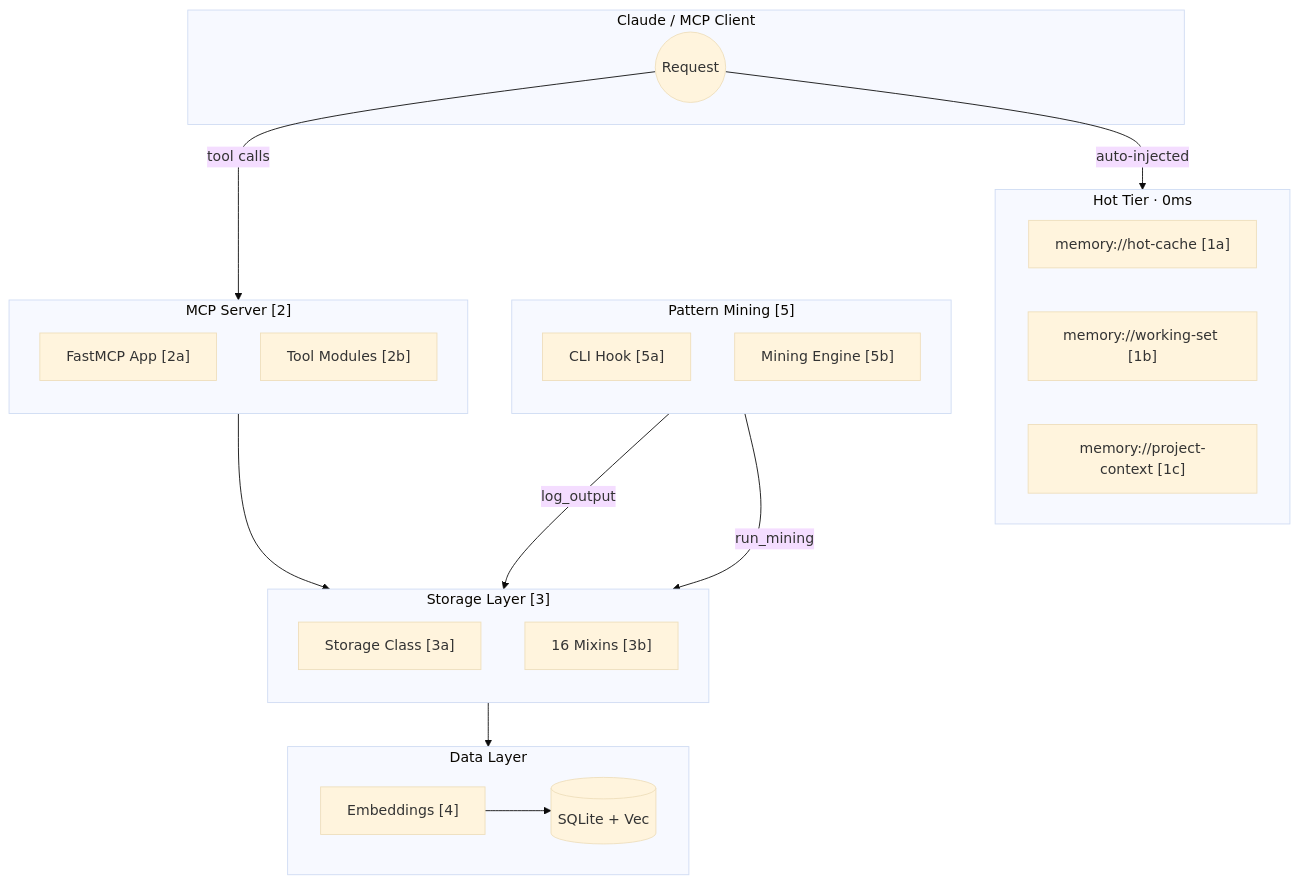
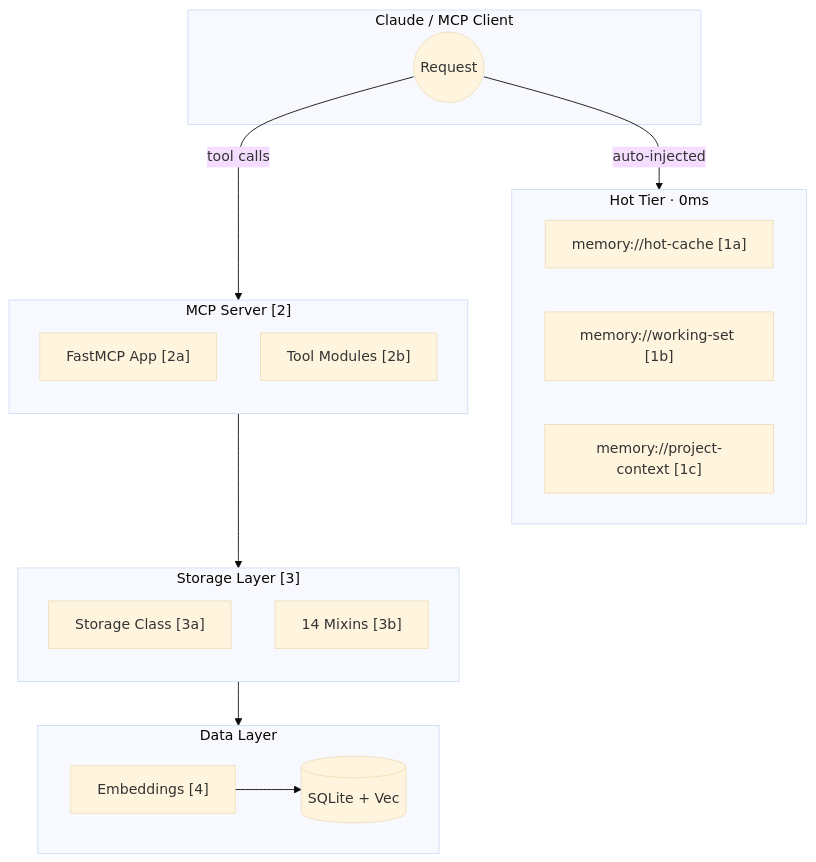
The first of 4 diagrams in docs/CODEMAP.md (michael-denyer/memory-mcp), drawn with Mermaid (base theme) before and after one commit. The commit also changed other lines of this file and 56 other files, not shown here.

````diff
--- a/docs/CODEMAP.md
+++ b/docs/CODEMAP.md
@@ -7,45 +7,37 @@
 ```mermaid
 flowchart TB
     subgraph Client["Claude / MCP Client"]
         REQ((Request))
     end
 
     subgraph Hot["Hot Tier · 0ms"]
         direction LR
         HC["memory://hot-cache [1a]"]
         WS["memory://working-set [1b]"]
         PC["memory://project-context [1c]"]
     end
 
     subgraph Server["MCP Server [2]"]
         direction TB
         APP["FastMCP App [2a]"]
         TOOLS["Tool Modules [2b]"]
     end
 
     subgraph Storage["Storage Layer [3]"]
         direction TB
         CORE["Storage Class [3a]"]
-        MIXINS["16 Mixins [3b]"]
+        MIXINS["14 Mixins [3b]"]
     end
 
     subgraph Data["Data Layer"]
         direction LR
         SQLITE[(SQLite + Vec)]
         EMB["Embeddings [4]"]
     end
 
-    subgraph Mining["Pattern Mining [5]"]
-        direction TB
-        CLI["CLI Hook [5a]"]
-        MINE["Mining Engine [5b]"]
-    end
-
     REQ -->|"auto-injected"| Hot
     REQ -->|"tool calls"| Server
     Server --> Storage
     Storage --> Data
-    CLI -->|"log_output"| Storage
-    Mining -->|"run_mining"| Storage
     EMB --> SQLITE
 ```
````
